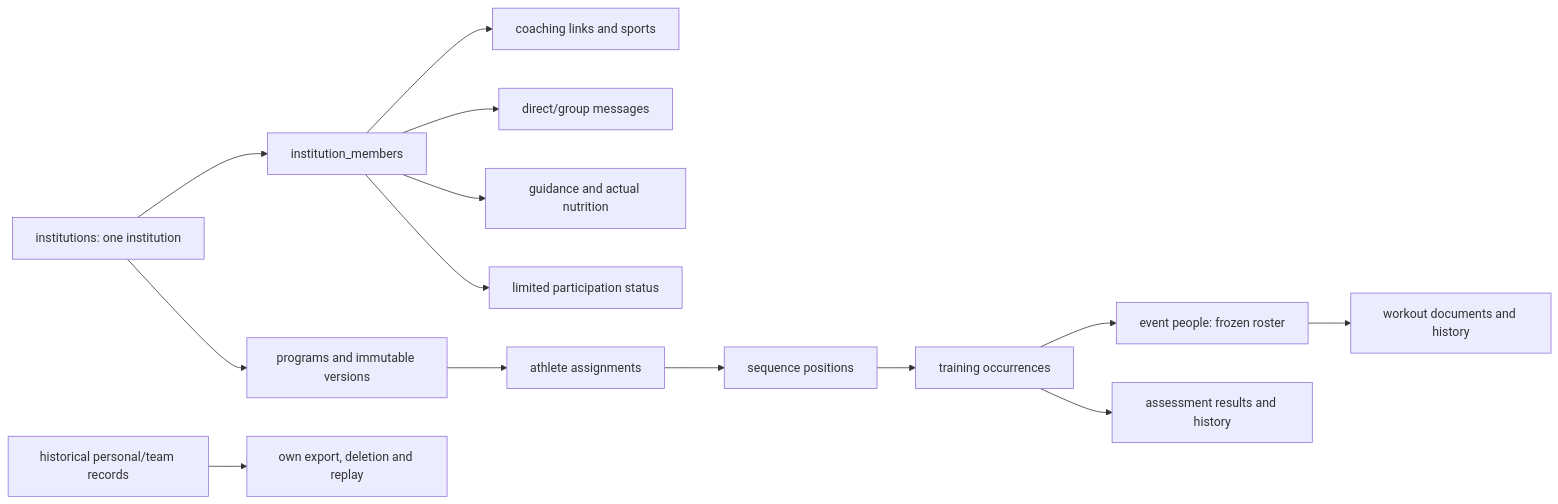
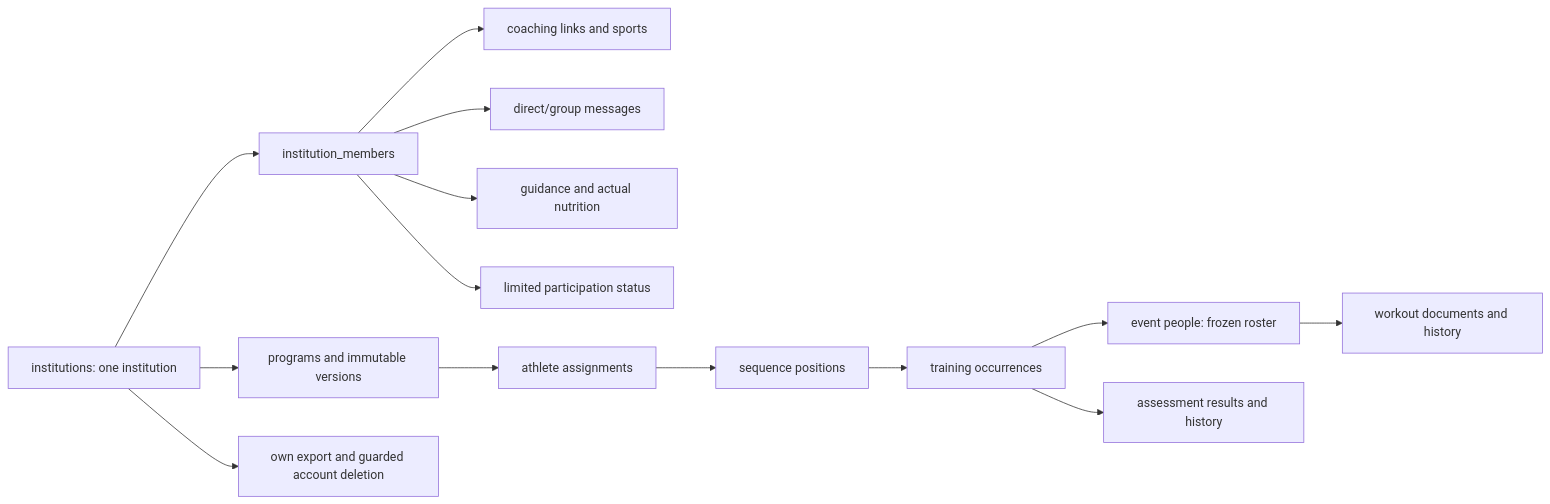
One commit to KenseiEmam/Rafik-OpenSource changed the diagram in docs/reference/backend/README.md. Above: the diagram before and after it, drawn with Mermaid. The commit also changed other lines of this file and 143 other files, not shown here.

````diff
--- a/docs/reference/backend/README.md
+++ b/docs/reference/backend/README.md
@@ -14,16 +14,16 @@
 ```mermaid
 flowchart LR
   Institution[institutions: one institution] --> Members[institution_members]
   Members --> Coaching[coaching links and sports]
   Institution --> Programs[programs and immutable versions]
   Programs --> Assignments[athlete assignments]
   Assignments --> Positions[sequence positions]
   Positions --> Events[training occurrences]
   Events --> Roster[event people: frozen roster]
   Roster --> Workouts[workout documents and history]
   Events --> Scores[assessment results and history]
   Members --> Channels[direct/group messages]
   Members --> Nutrition[guidance and actual nutrition]
   Members --> Health[limited participation status]
-  Historical[historical personal/team records] --> Privacy[own export, deletion and replay]
+  Institution --> Privacy[own export and guarded account deletion]
 ```
````
